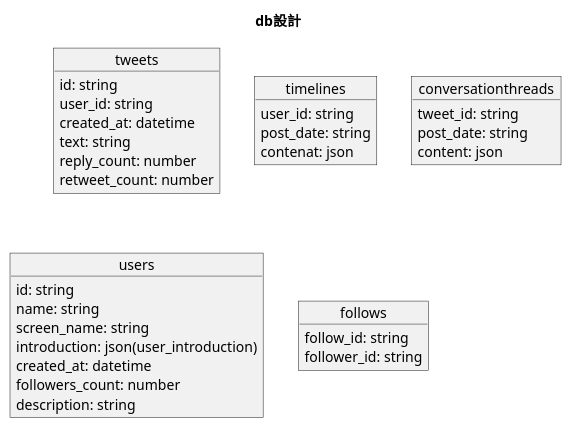
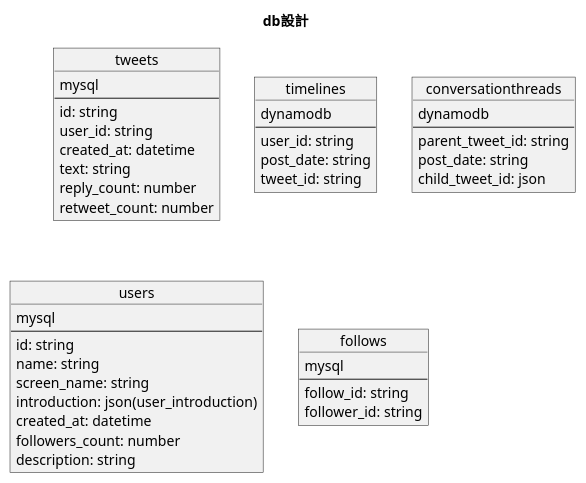
One commit to YuuseiMatsunaga/hogetter changed the diagram in docs/db_design.pu. Above: the diagram before and after it, drawn with PlantUML. The commit also changed 1 other file, not shown here.

```diff
--- a/docs/db_design.pu
+++ b/docs/db_design.pu
@@ -1,40 +1,50 @@
 @startuml db
 title db設計
 
 object tweets {
+    mysql
+    --
     id: string
     user_id: string
     created_at: datetime
     text: string
     reply_count: number
     retweet_count: number
 }
 
 object timelines {
+    dynamodb
+    --
     user_id: string
     post_date: string
-    contenat: json
+    tweet_id: string
 }
 
 object conversationthreads {
-    tweet_id: string
+    dynamodb
+    --
+    parent_tweet_id: string
     post_date: string
-    content: json
+    child_tweet_id: json
 }
 
 object users {
+    mysql
+    --
     id: string
     name: string
     screen_name: string
     introduction: json(user_introduction)
     created_at: datetime
     followers_count: number
     description: string
 }
 
 object follows {
+    mysql
+    --
     follow_id: string
     follower_id: string
 }
 
 @enduml
```
